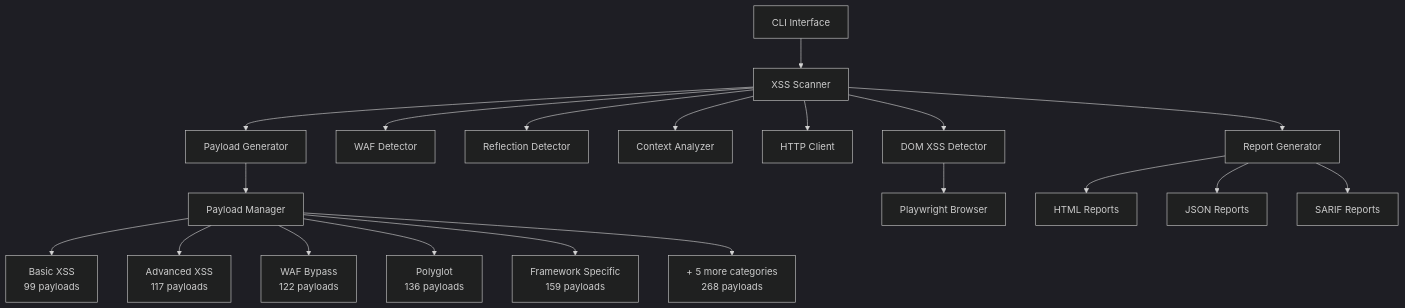
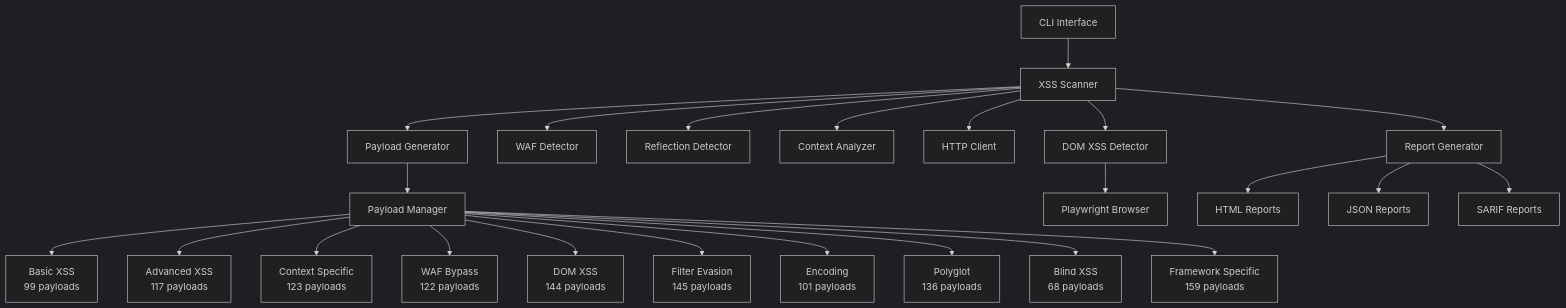
One commit to EPTLLC/brs-xss changed the first of 2 diagrams in README.md. Above: the diagram before and after it, drawn with Mermaid (dark theme). The commit also changed other lines of this file, not shown here.

````diff
--- a/README.md
+++ b/README.md
@@ -68,25 +68,29 @@
 ```mermaid
 graph TB
     CLI[CLI Interface] --> Scanner[XSS Scanner]
     Scanner --> PayloadGen[Payload Generator]
     Scanner --> WAFDet[WAF Detector]
     Scanner --> ReflDet[Reflection Detector]
     Scanner --> CtxAnalyzer[Context Analyzer]
     Scanner --> HTTPClient[HTTP Client]
     
     PayloadGen --> PayloadMgr[Payload Manager]
     PayloadMgr --> Basic[Basic XSS<br/>99 payloads]
     PayloadMgr --> Advanced[Advanced XSS<br/>117 payloads]
+    PayloadMgr --> ContextSpec[Context Specific<br/>123 payloads]
     PayloadMgr --> WAFBypass[WAF Bypass<br/>122 payloads]
+    PayloadMgr --> DOMxss[DOM XSS<br/>144 payloads]
+    PayloadMgr --> FilterEvas[Filter Evasion<br/>145 payloads]
+    PayloadMgr --> Encoding[Encoding<br/>101 payloads]
     PayloadMgr --> Polyglot[Polyglot<br/>136 payloads]
+    PayloadMgr --> BlindXSS[Blind XSS<br/>68 payloads]
     PayloadMgr --> Framework[Framework Specific<br/>159 payloads]
-    PayloadMgr --> Others[+ 5 more categories<br/>268 payloads]
     
     Scanner --> DOMDet[DOM XSS Detector]
     DOMDet --> Playwright[Playwright Browser]
     
     Scanner --> Reports[Report Generator]
     Reports --> HTML[HTML Reports]
     Reports --> JSON[JSON Reports]
     Reports --> SARIF[SARIF Reports]
 ```
````
